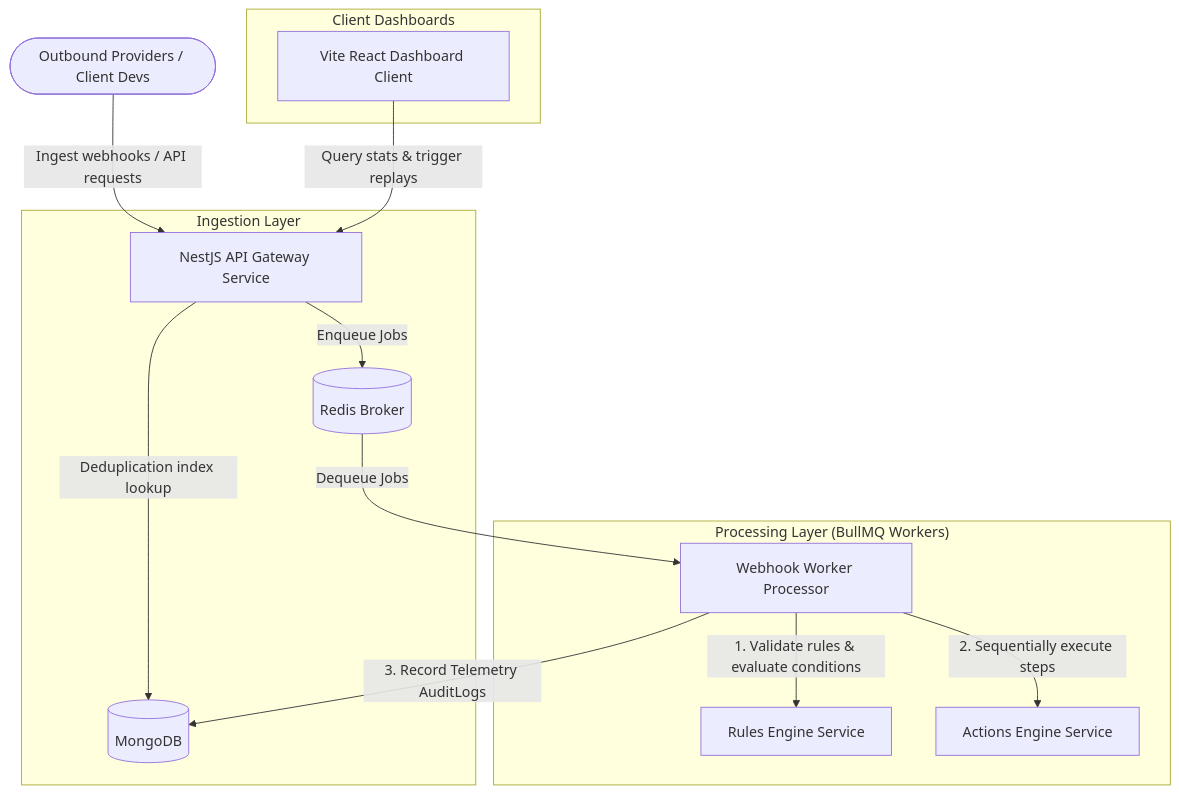
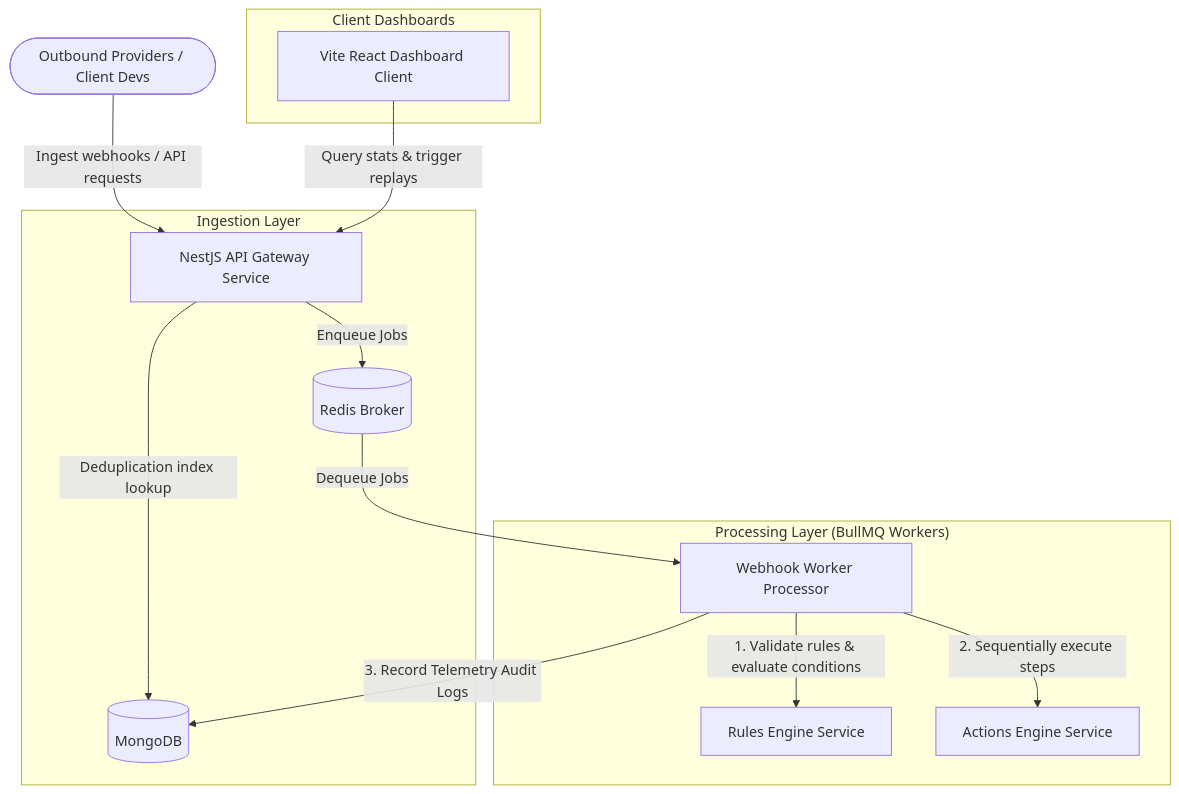
The diagram in README.md (nikhilkumarjain09/async-webhook-automation-engine), drawn with Mermaid before and after one commit.

Commit message:
mermaid code updated

````diff
--- a/README.md
+++ b/README.md
@@ -11,20 +11,20 @@
 ```mermaid
 graph TD
     Client([Outbound Providers / Client Devs]) -->|Ingest webhooks / API requests| Gateway[NestJS API Gateway Service]
-    
-    subgraph Ingestion Layer
+
+    subgraph IngestionLayer["Ingestion Layer"]
         Gateway -->|Deduplication index lookup| Mongo[(MongoDB)]
         Gateway -->|Enqueue Jobs| Redis[(Redis Broker)]
     end
 
     subgraph ProcessingLayer["Processing Layer (BullMQ Workers)"]
         Redis -->|Dequeue Jobs| Worker[Webhook Worker Processor]
         Worker -->|1. Validate rules & evaluate conditions| RulesEngine[Rules Engine Service]
         Worker -->|2. Sequentially execute steps| ActionsEngine[Actions Engine Service]
-        Worker -->|3. Record Telemetry AuditLogs| Mongo
+        Worker -->|3. Record Telemetry Audit Logs| Mongo
     end
-    
-    subgraph Client Dashboards
+
+    subgraph DashboardLayer["Client Dashboards"]
         Dashboard[Vite React Dashboard Client] -->|Query stats & trigger replays| Gateway
     end
 ```
````
